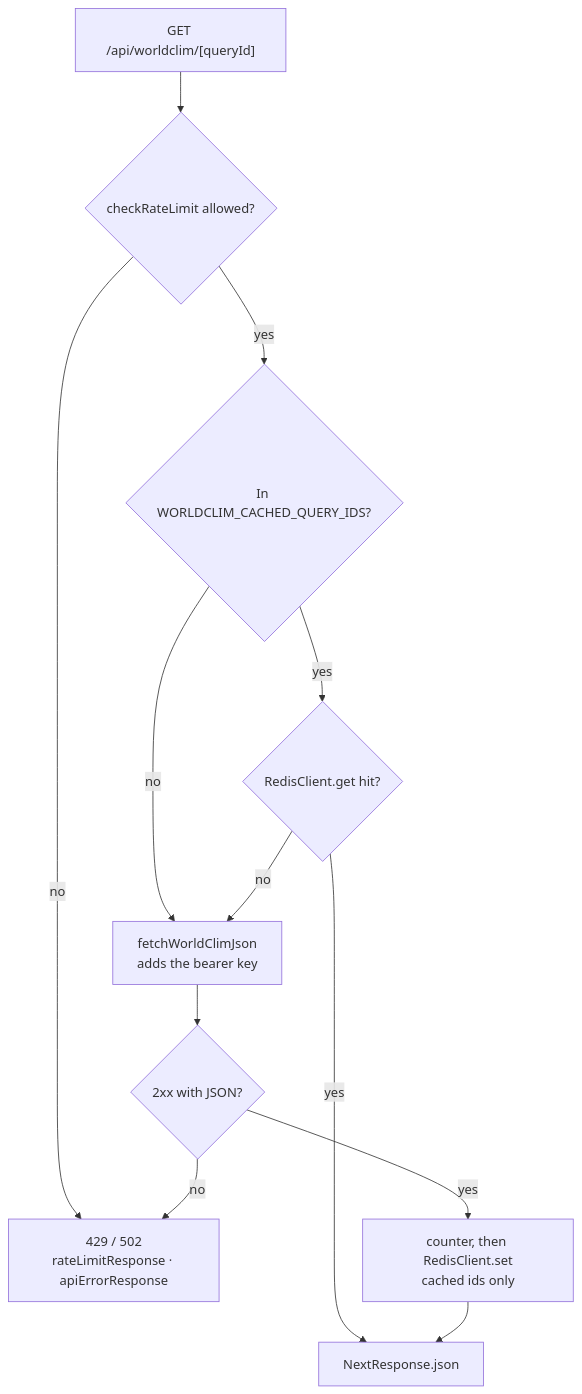
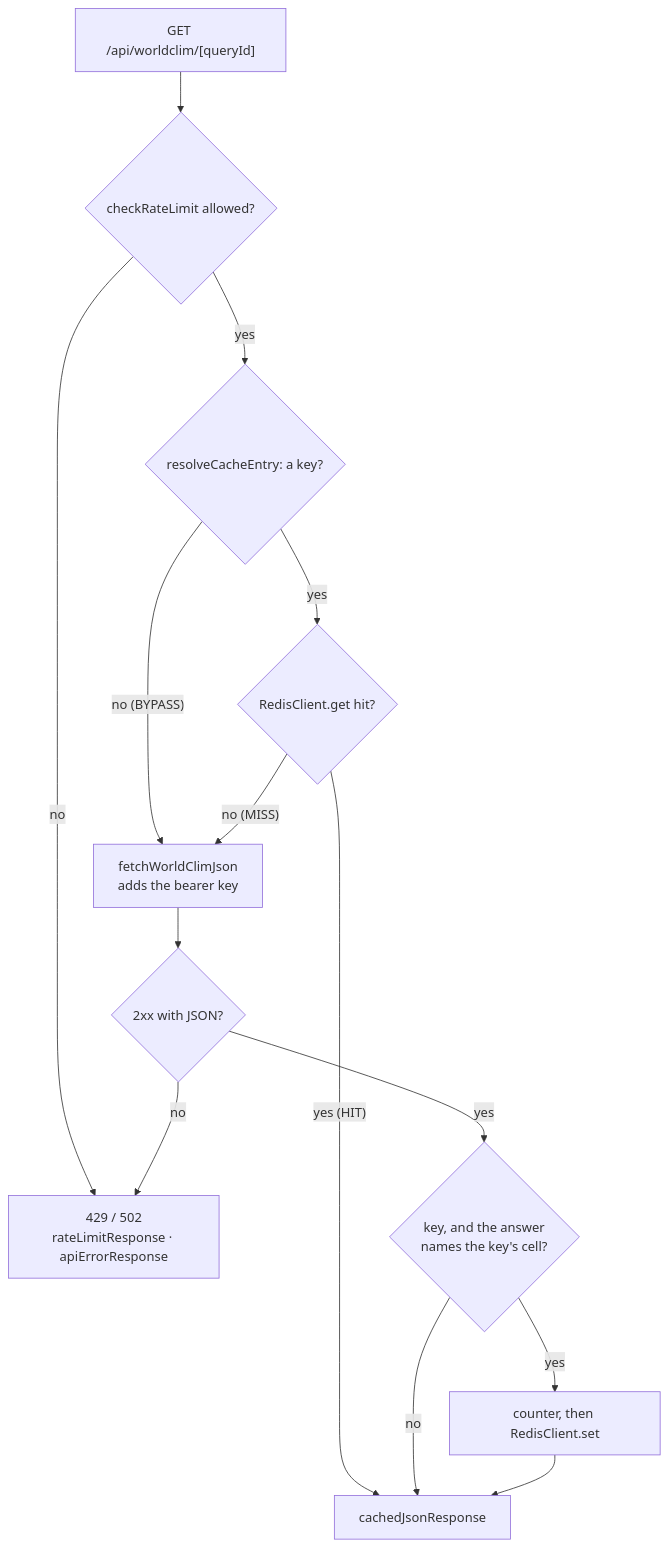
Before and after one commit to ClimaticaHQ/climatica-nextjs: the diagram in docs/backend.md, drawn with Mermaid. The commit also changed other lines of this file and 76 other files, not shown here.

````diff
--- a/docs/backend.md
+++ b/docs/backend.md
@@ -18,14 +18,16 @@
 ```mermaid
 flowchart TD
   request["GET /api/worldclim/[queryId]"] --> limit{"checkRateLimit allowed?"}
   limit -- no --> error["429 / 502<br/>rateLimitResponse · apiErrorResponse"]
-  limit -- yes --> cachedId{"In WORLDCLIM_CACHED_QUERY_IDS?"}
-  cachedId -- no --> upstream["fetchWorldClimJson<br/>adds the bearer key"]
-  cachedId -- yes --> redis{"RedisClient.get hit?"}
-  redis -- yes --> answer["NextResponse.json"]
-  redis -- no --> upstream
+  limit -- yes --> entry{"resolveCacheEntry: a key?"}
+  entry -- "no (BYPASS)" --> upstream["fetchWorldClimJson<br/>adds the bearer key"]
+  entry -- yes --> redis{"RedisClient.get hit?"}
+  redis -- "yes (HIT)" --> answer["cachedJsonResponse"]
+  redis -- "no (MISS)" --> upstream
   upstream --> ok{"2xx with JSON?"}
   ok -- no --> error
-  ok -- yes --> store["counter, then RedisClient.set<br/>cached ids only"]
+  ok -- yes --> canStore{"key, and the answer<br/>names the key's cell?"}
+  canStore -- yes --> store["counter, then RedisClient.set"]
+  canStore -- no --> answer
   store --> answer
 ```
````
